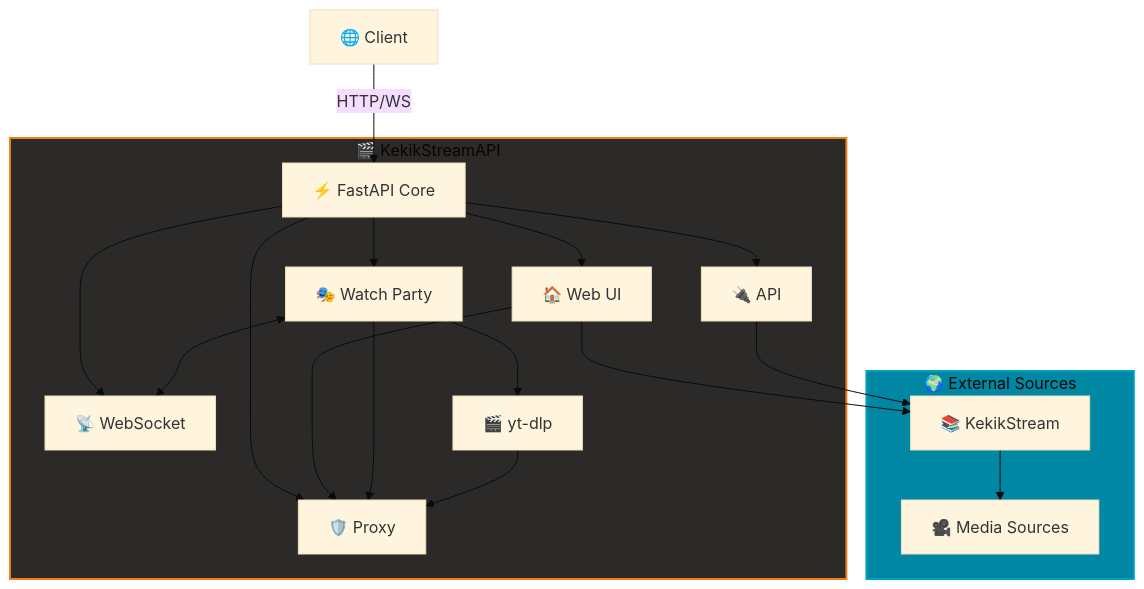
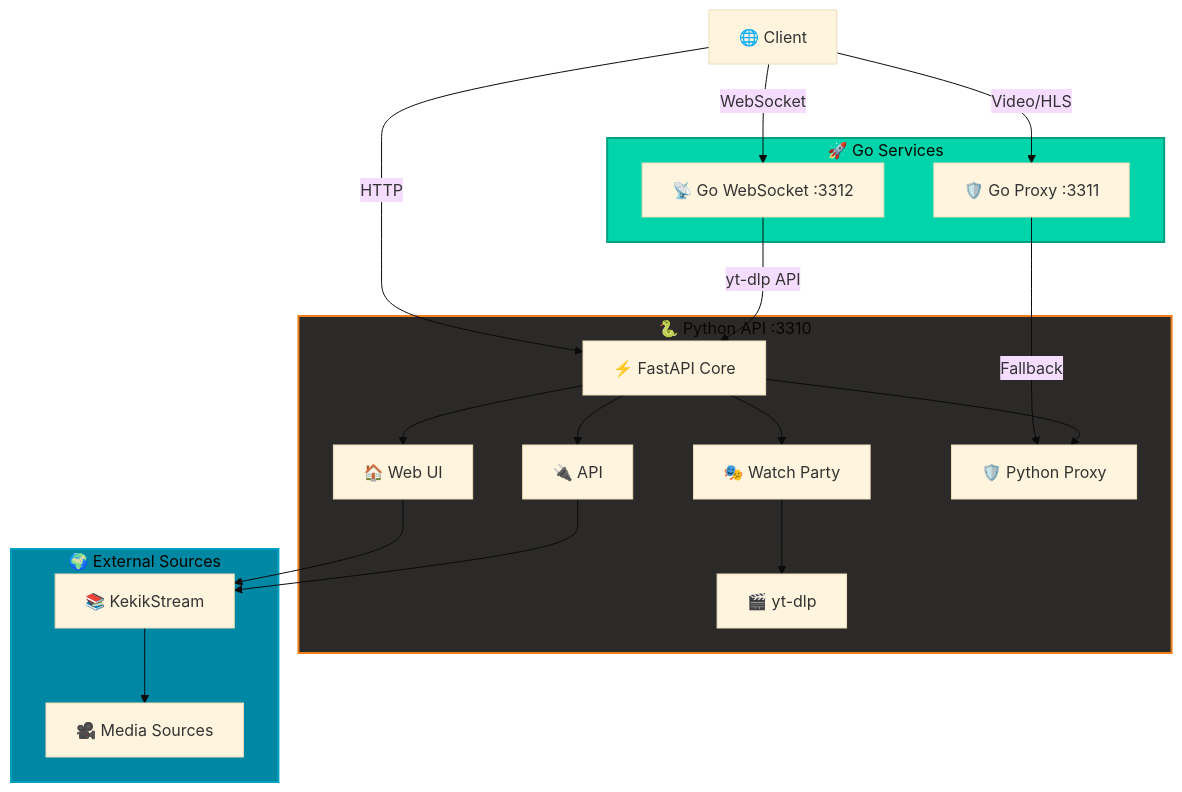
The diagram in README.md (keyiflerolsun/KekikStreamAPI), drawn with Mermaid (base theme) before and after one commit. The commit also changed other lines of this file, not shown here.

Commit message:
feat: Go/Python WebSocket full parity, yt-dlp API endpoint, fixed ports 3310/3311/3312, updated README architecture

````diff
--- a/README.md
+++ b/README.md
@@ -82,41 +82,45 @@
 ```mermaid
 graph TB
     Client[🌐 Client]
     
-    subgraph KekikStreamAPI[🎬 KekikStreamAPI]
+    subgraph GoServices[🚀 Go Services]
+        GoProxy[🛡️ Go Proxy :3311]
+        GoWS[📡 Go WebSocket :3312]
+    end
+    
+    subgraph PythonAPI[🐍 Python API :3310]
         FastAPI[⚡ FastAPI Core]
         Home[🏠 Web UI]
         API[🔌 API]
         WatchParty[🎭 Watch Party]
-        WSS[📡 WebSocket]
-        Proxy[🛡️ Proxy]
+        Proxy[🛡️ Python Proxy]
         YtDlp[🎬 yt-dlp]
     end
     
     subgraph External[🌍 External Sources]
         KekikStream[📚 KekikStream]
         MediaSources[🎥 Media Sources]
     end
     
-    Client -->|HTTP/WS| FastAPI
+    Client -->|Video/HLS| GoProxy
+    Client -->|WebSocket| GoWS
+    Client -->|HTTP| FastAPI
+    
+    GoWS -->|yt-dlp API| FastAPI
+    GoProxy -->|Fallback| Proxy
+    
     FastAPI --> Home
     FastAPI --> API
     FastAPI --> WatchParty
-    FastAPI --> WSS
     FastAPI --> Proxy
     
     Home --> KekikStream
-    Home --> Proxy
+    API --> KekikStream
+    WatchParty --> YtDlp
     
-    API --> KekikStream
-
-    WatchParty <--> WSS
-    WatchParty --> Proxy
-    WatchParty --> YtDlp
-
-    YtDlp --> Proxy
     KekikStream --> MediaSources
 
-    style KekikStreamAPI fill:#2b2a29,stroke:#ef7f1a,stroke-width:2px
+    style GoServices fill:#00d4aa,stroke:#00a080,stroke-width:2px
+    style PythonAPI fill:#2b2a29,stroke:#ef7f1a,stroke-width:2px
     style External fill:#0087a3,stroke:#00a0c2,stroke-width:2px
 ```
````
